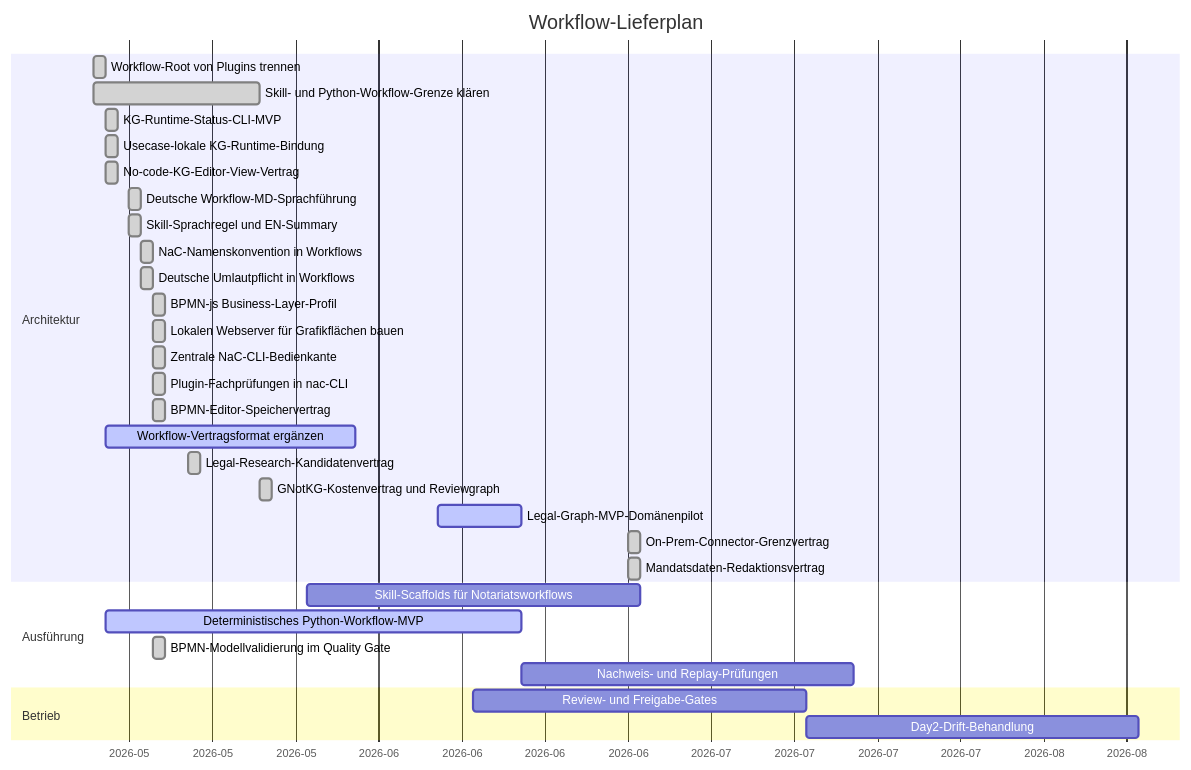
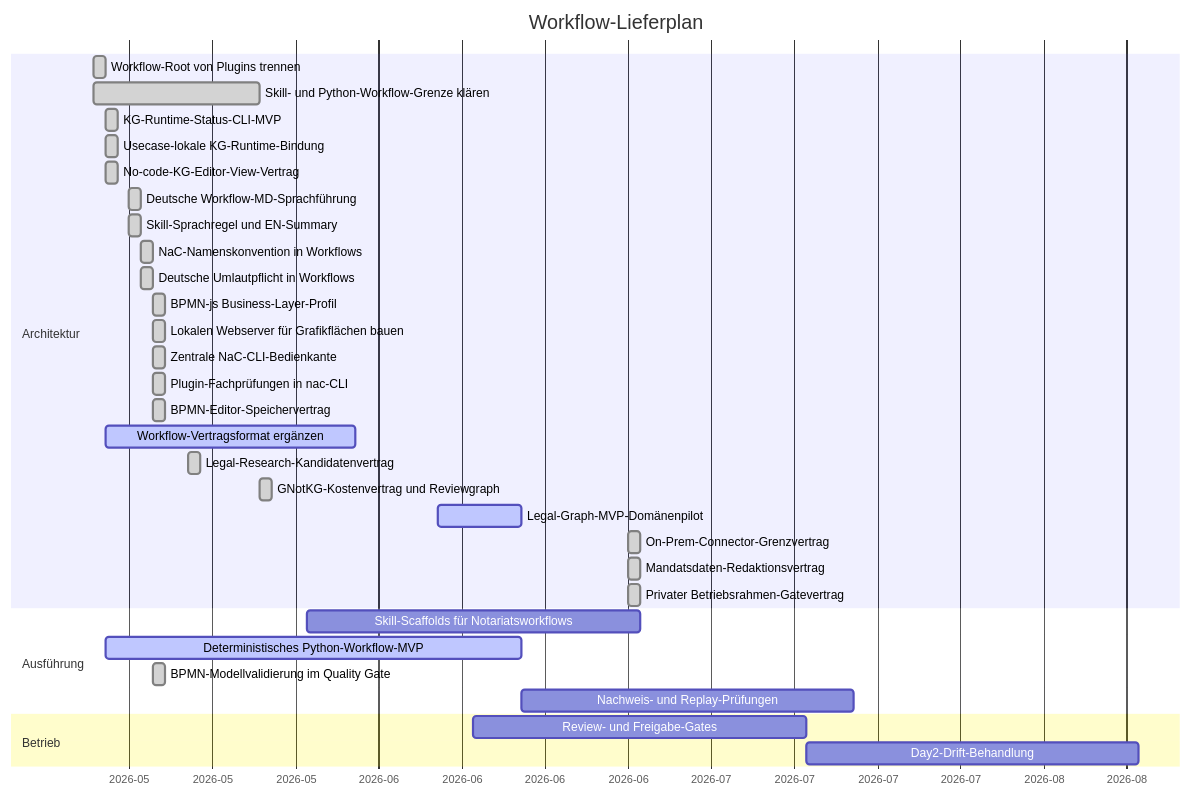
Before and after one commit to notariat8/NaC: the diagram in workflows/GANTT.md, drawn with Mermaid. The commit also changed other lines of this file and 17 other files, not shown here.

````diff
--- a/workflows/GANTT.md
+++ b/workflows/GANTT.md
@@ -5,38 +5,39 @@
 ```mermaid
 gantt
     title Workflow-Lieferplan
     dateFormat  YYYY-MM-DD
     axisFormat  %Y-%m
 
     section Architektur
     Workflow-Root von Plugins trennen          :done,   w1, 2026-05-14, 1d
     Skill- und Python-Workflow-Grenze klären  :done,   w2, 2026-05-14, 14d
     KG-Runtime-Status-CLI-MVP                  :done,   w3, 2026-05-15, 1d
     Usecase-lokale KG-Runtime-Bindung          :done,   w3a, 2026-05-15, 1d
     No-code-KG-Editor-View-Vertrag             :done,   w4a, 2026-05-15, 1d
     Deutsche Workflow-MD-Sprachführung        :done,   w4b, 2026-05-17, 1d
     Skill-Sprachregel und EN-Summary            :done,   w4c, 2026-05-17, 1d
     NaC-Namenskonvention in Workflows           :done,   w4d, 2026-05-18, 1d
     Deutsche Umlautpflicht in Workflows         :done,   w4e, 2026-05-18, 1d
     BPMN-js Business-Layer-Profil               :done,   w4f, 2026-05-19, 1d
     Lokalen Webserver für Grafikflächen bauen  :done,   w4g, 2026-05-19, 1d
     Zentrale NaC-CLI-Bedienkante                :done,   w4h, 2026-05-19, 1d
     Plugin-Fachprüfungen in nac-CLI             :done,   w4i, 2026-05-19, 1d
     BPMN-Editor-Speichervertrag                 :done,   w4j, 2026-05-19, 1d
     Workflow-Vertragsformat ergänzen          :active, w4, 2026-05-15, 21d
     Legal-Research-Kandidatenvertrag           :done,   w4k, 2026-05-22, 1d
     GNotKG-Kostenvertrag und Reviewgraph        :done,   w4l, 2026-05-28, 1d
     Legal-Graph-MVP-Domänenpilot              :active, w4m, 2026-06-12, 7d
     On-Prem-Connector-Grenzvertrag            :done,   w4n, 2026-06-28, 1d
     Mandatsdaten-Redaktionsvertrag             :done,   w4o, 2026-06-28, 1d
+    Privater Betriebsrahmen-Gatevertrag        :done,   w4p, 2026-06-28, 1d
 
     section Ausführung
     Skill-Scaffolds für Notariatsworkflows    :        w5, 2026-06-01, 28d
     Deterministisches Python-Workflow-MVP      :active, w6, 2026-05-15, 35d
     BPMN-Modellvalidierung im Quality Gate      :done,   w6a, 2026-05-19, 1d
     Nachweis- und Replay-Prüfungen            :        w7, after w6, 28d
 
     section Betrieb
     Review- und Freigabe-Gates                 :        w8, 2026-06-15, 28d
     Day2-Drift-Behandlung                      :        w9, after w8, 28d
 ```
````
